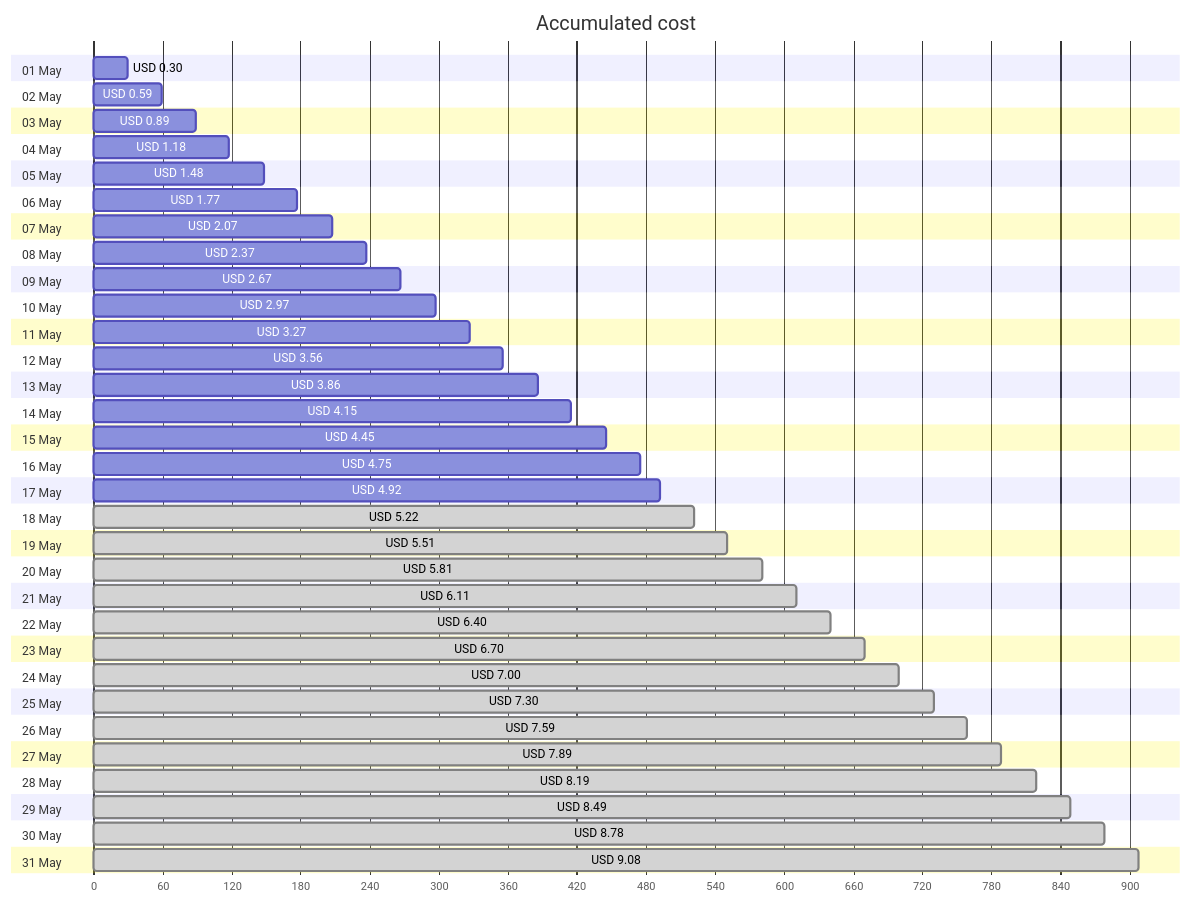
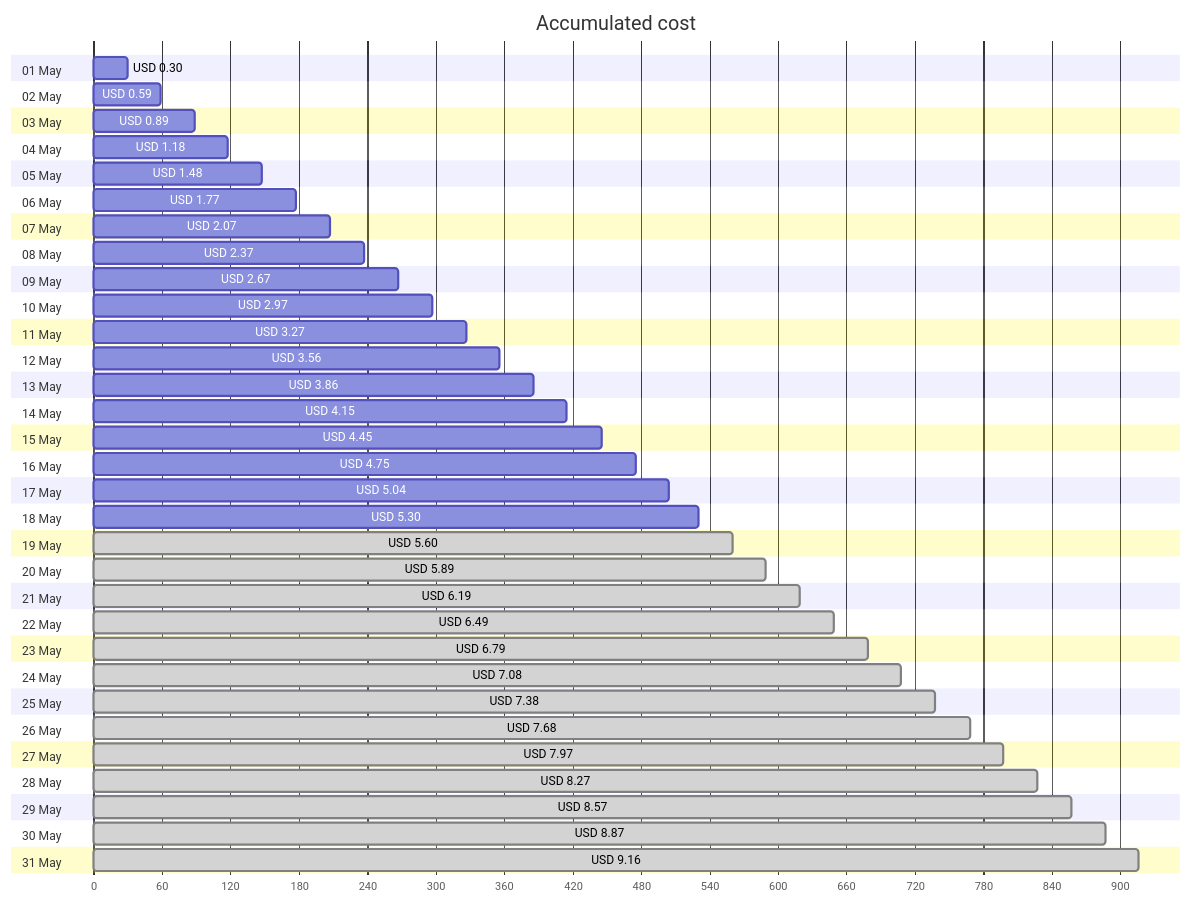
One commit to jpfulton/azure-personal-reports changed the first of 4 diagrams in cost-reports/personal-site/personal-site-preview.md. Above: the diagram before and after it, drawn with Mermaid. The commit also changed other lines of this file and 6 other files, not shown here.

````diff
--- a/cost-reports/personal-site/personal-site-preview.md
+++ b/cost-reports/personal-site/personal-site-preview.md
@@ -20,68 +20,68 @@
 ```mermaid
 gantt
    title Accumulated cost
    dateFormat  X
    axisFormat %s
    section 01 May
    USD 0.30 :0, 30
    section 02 May
    USD 0.59 :0, 59
    section 03 May
    USD 0.89 :0, 89
    section 04 May
    USD 1.18 :0, 118
    section 05 May
    USD 1.48 :0, 148
    section 06 May
    USD 1.77 :0, 177
    section 07 May
    USD 2.07 :0, 207
    section 08 May
    USD 2.37 :0, 237
    section 09 May
    USD 2.67 :0, 267
    section 10 May
    USD 2.97 :0, 297
    section 11 May
    USD 3.27 :0, 327
    section 12 May
    USD 3.56 :0, 356
    section 13 May
    USD 3.86 :0, 386
    section 14 May
    USD 4.15 :0, 415
    section 15 May
    USD 4.45 :0, 445
    section 16 May
    USD 4.75 :0, 475
    section 17 May
-   USD 4.92 :0, 492
+   USD 5.04 :0, 504
    section 18 May
-   USD 5.22 : done, 0, 522
+   USD 5.30 :0, 530
    section 19 May
-   USD 5.51 : done, 0, 551
+   USD 5.60 : done, 0, 560
    section 20 May
-   USD 5.81 : done, 0, 581
+   USD 5.89 : done, 0, 589
    section 21 May
-   USD 6.11 : done, 0, 611
+   USD 6.19 : done, 0, 619
    section 22 May
-   USD 6.40 : done, 0, 640
+   USD 6.49 : done, 0, 649
    section 23 May
-   USD 6.70 : done, 0, 670
+   USD 6.79 : done, 0, 679
    section 24 May
-   USD 7.00 : done, 0, 700
+   USD 7.08 : done, 0, 708
    section 25 May
-   USD 7.30 : done, 0, 730
+   USD 7.38 : done, 0, 738
    section 26 May
-   USD 7.59 : done, 0, 759
+   USD 7.68 : done, 0, 768
    section 27 May
-   USD 7.89 : done, 0, 789
+   USD 7.97 : done, 0, 797
    section 28 May
-   USD 8.19 : done, 0, 819
+   USD 8.27 : done, 0, 827
    section 29 May
-   USD 8.49 : done, 0, 849
+   USD 8.57 : done, 0, 857
    section 30 May
-   USD 8.78 : done, 0, 878
+   USD 8.87 : done, 0, 887
    section 31 May
-   USD 9.08 : done, 0, 908
+   USD 9.16 : done, 0, 916
 ```
````
